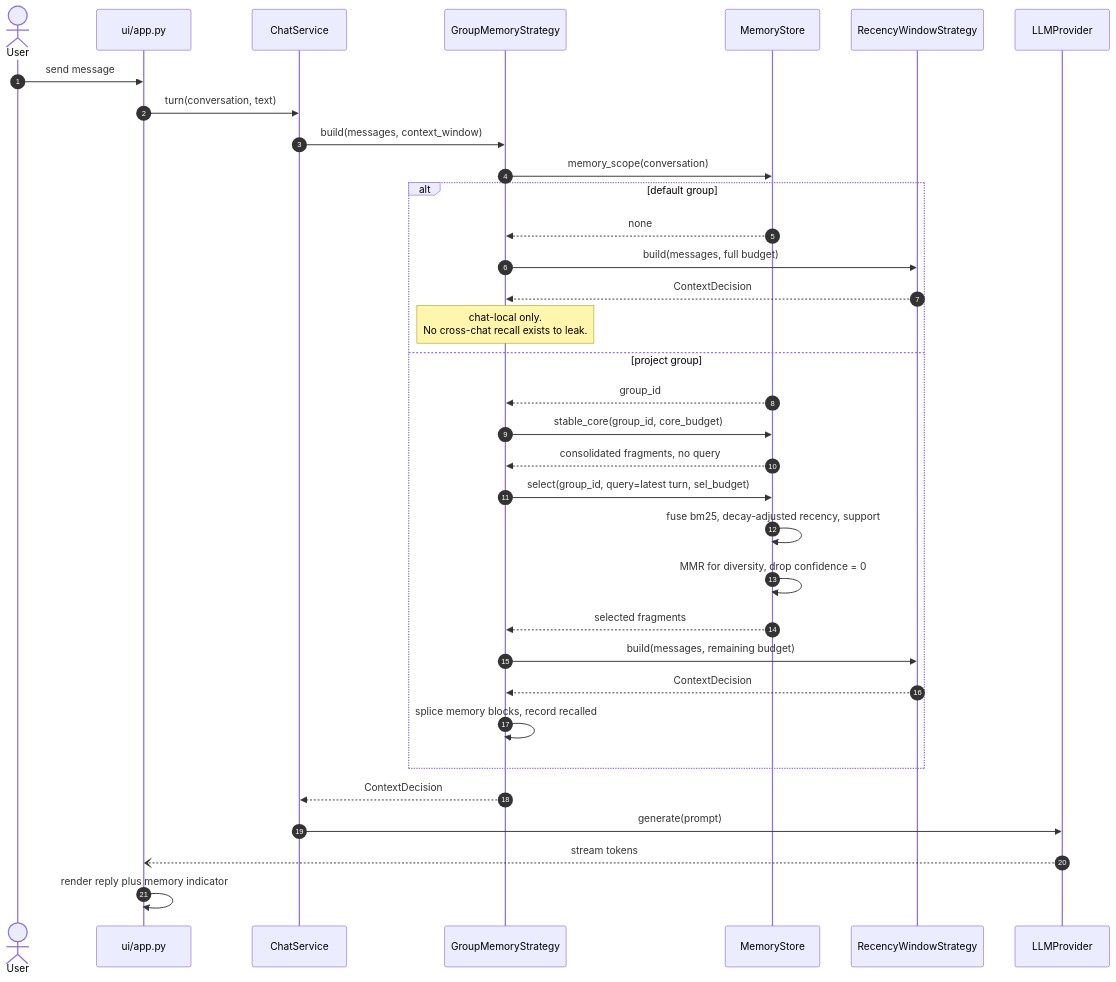
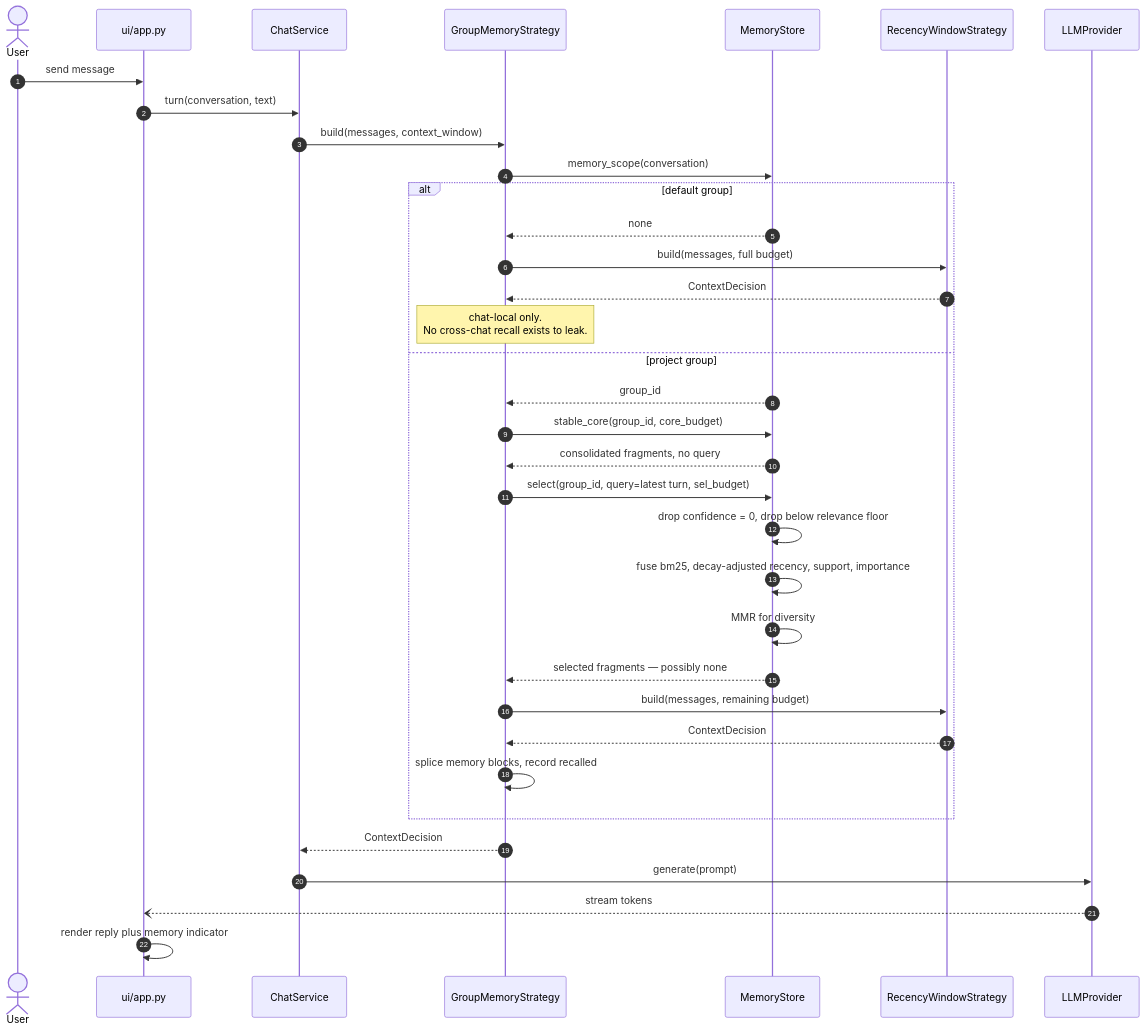
Before and after one commit to Alorcus/agent_project: the seventh of 11 diagrams in docs/plans/memory-and-groups.md, drawn with Mermaid. The commit also changed other lines of this file, not shown here.

````diff
--- a/docs/plans/memory-and-groups.md
+++ b/docs/plans/memory-and-groups.md
@@ -556,39 +634,40 @@
 ```mermaid
 sequenceDiagram
     autonumber
     actor User
     participant App as ui/app.py
     participant Chat as ChatService
     participant GMS as GroupMemoryStrategy
     participant Store as MemoryStore
     participant Inner as RecencyWindowStrategy
     participant LLM as LLMProvider
 
     User->>App: send message
     App->>Chat: turn(conversation, text)
     Chat->>GMS: build(messages, context_window)
 
     GMS->>Store: memory_scope(conversation)
     alt default group
         Store-->>GMS: none
         GMS->>Inner: build(messages, full budget)
         Inner-->>GMS: ContextDecision
         Note over GMS: chat-local only.<br/>No cross-chat recall exists to leak.
     else project group
         Store-->>GMS: group_id
         GMS->>Store: stable_core(group_id, core_budget)
         Store-->>GMS: consolidated fragments, no query
         GMS->>Store: select(group_id, query=latest turn, sel_budget)
-        Store->>Store: fuse bm25, decay-adjusted recency, support
-        Store->>Store: MMR for diversity, drop confidence = 0
-        Store-->>GMS: selected fragments
+        Store->>Store: drop confidence = 0, drop below relevance floor
+        Store->>Store: fuse bm25, decay-adjusted recency, support, importance
+        Store->>Store: MMR for diversity
+        Store-->>GMS: selected fragments — possibly none
         GMS->>Inner: build(messages, remaining budget)
         Inner-->>GMS: ContextDecision
         GMS->>GMS: splice memory blocks, record recalled
     end
 
     GMS-->>Chat: ContextDecision
     Chat->>LLM: generate(prompt)
     LLM--)App: stream tokens
     App->>App: render reply plus memory indicator
 ```
````
